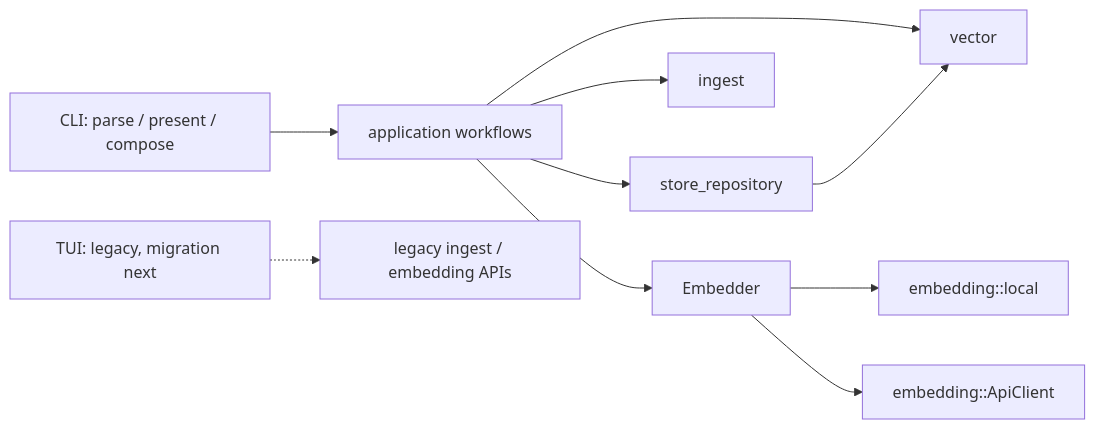
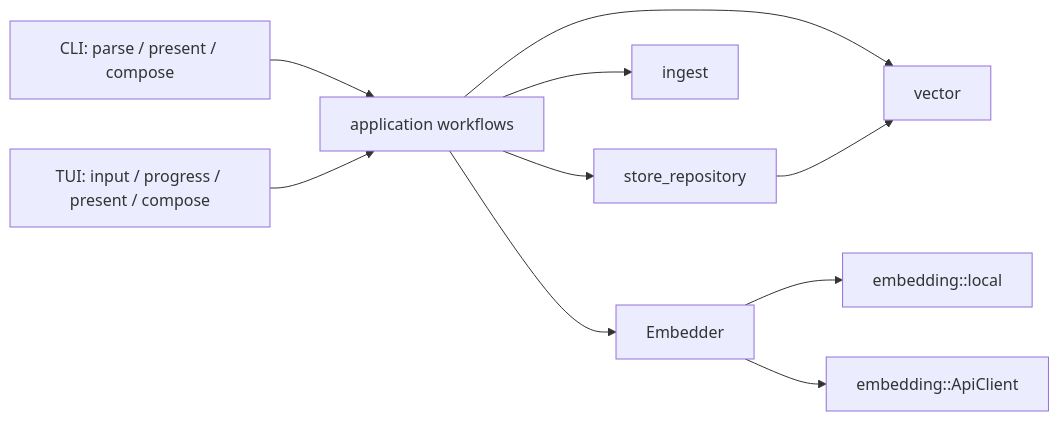
The diagram in docs/architecture.md (PraagyaShandilya/locursdb), drawn with Mermaid before and after one commit. The commit also changed other lines of this file and 3 other files, not shown here.

Commit message:
refactor: route TUI workflows through application service

````diff
--- a/docs/architecture.md
+++ b/docs/architecture.md
@@ -7,12 +6,12 @@
 ```mermaid
 graph LR
     CLI[CLI: parse / present / compose] --> Application[application workflows]
     Application --> Repository[store_repository]
     Application --> Ingest[ingest]
     Application --> Embedder[Embedder]
     Application --> Vector[vector]
     Embedder --> Local[embedding::local]
     Embedder --> Remote[embedding::ApiClient]
     Repository --> Vector
-    TUI[TUI: legacy, migration next] -.-> Legacy[legacy ingest / embedding APIs]
+    TUI[TUI: input / progress / present / compose] --> Application
 ```
````
